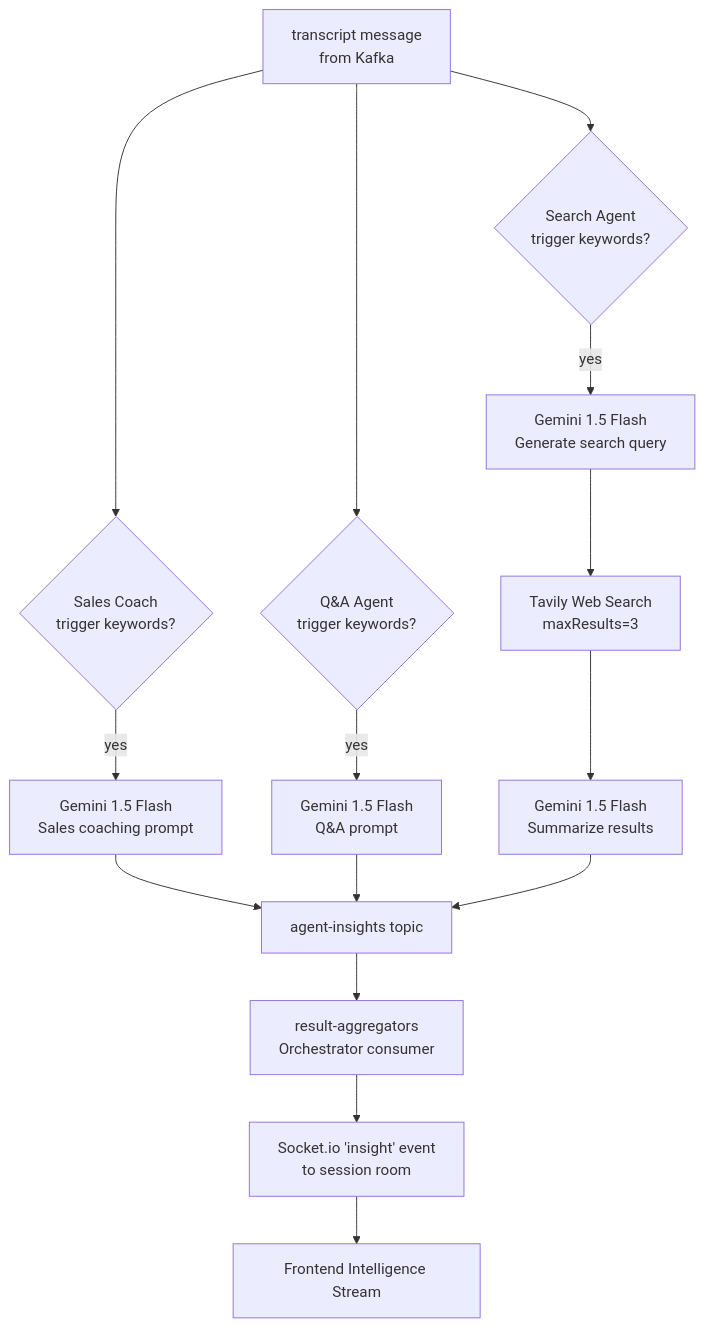
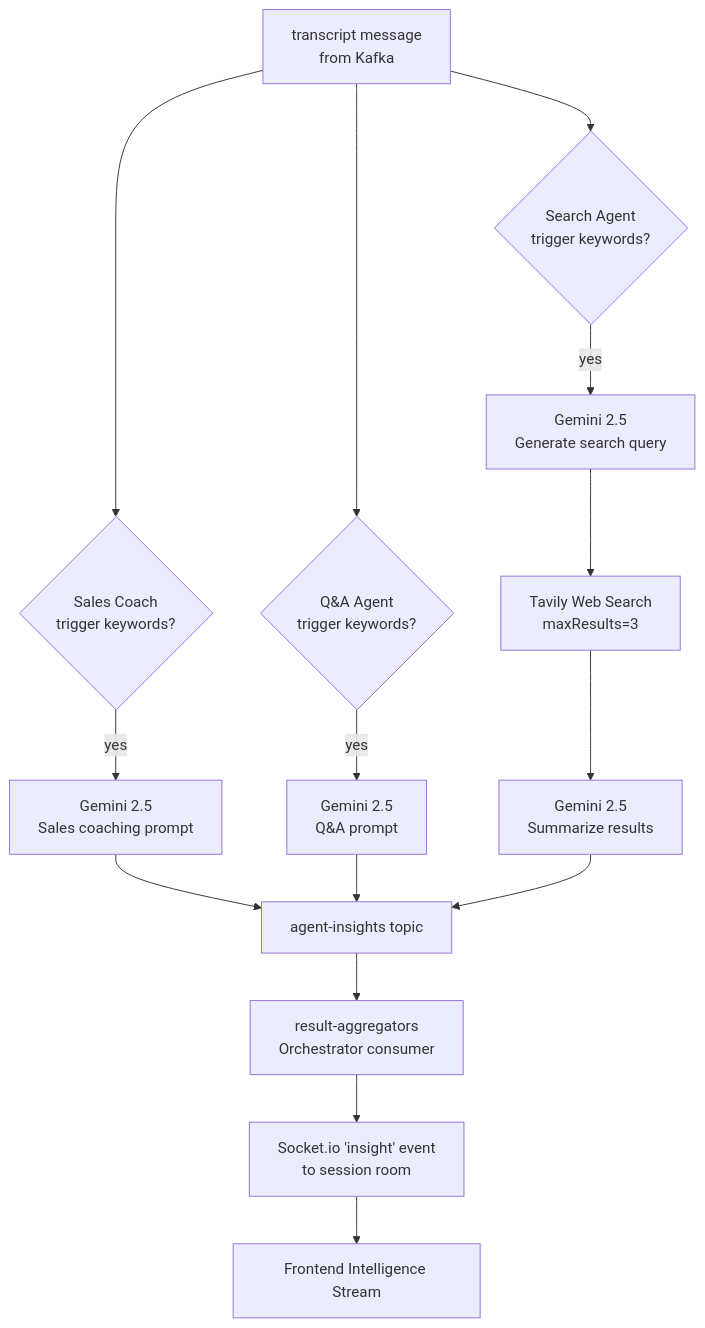
The fourth of 8 diagrams in docs/architecture/system-architecture.md (arunkumar-chockaiyan/wingman), drawn with Mermaid before and after one commit. The commit also changed other lines of this file and 6 other files, not shown here.

````diff
--- a/docs/architecture/system-architecture.md
+++ b/docs/architecture/system-architecture.md
@@ -174,23 +174,23 @@
 ```mermaid
 flowchart TD
     T[transcript message\nfrom Kafka]
 
     T --> SC_KW{Sales Coach\ntrigger keywords?}
     T --> QA_KW{Q&A Agent\ntrigger keywords?}
     T --> SA_KW{Search Agent\ntrigger keywords?}
 
-    SC_KW -- yes --> SC_LLM[Gemini 1.5 Flash\nSales coaching prompt]
-    QA_KW -- yes --> QA_LLM[Gemini 1.5 Flash\nQ&A prompt]
-    SA_KW -- yes --> SA_QG[Gemini 1.5 Flash\nGenerate search query]
+    SC_KW -- yes --> SC_LLM[Gemini 2.5\nSales coaching prompt]
+    QA_KW -- yes --> QA_LLM[Gemini 2.5\nQ&A prompt]
+    SA_KW -- yes --> SA_QG[Gemini 2.5\nGenerate search query]
 
     SA_QG --> SA_WEB[Tavily Web Search\nmaxResults=3]
-    SA_WEB --> SA_SUM[Gemini 1.5 Flash\nSummarize results]
+    SA_WEB --> SA_SUM[Gemini 2.5\nSummarize results]
 
     SC_LLM --> KI[agent-insights topic]
     QA_LLM --> KI
     SA_SUM --> KI
 
     KI --> AGG[result-aggregators\nOrchestrator consumer]
     AGG --> WS[Socket.io 'insight' event\nto session room]
     WS --> UI[Frontend Intelligence Stream]
 ```
````
